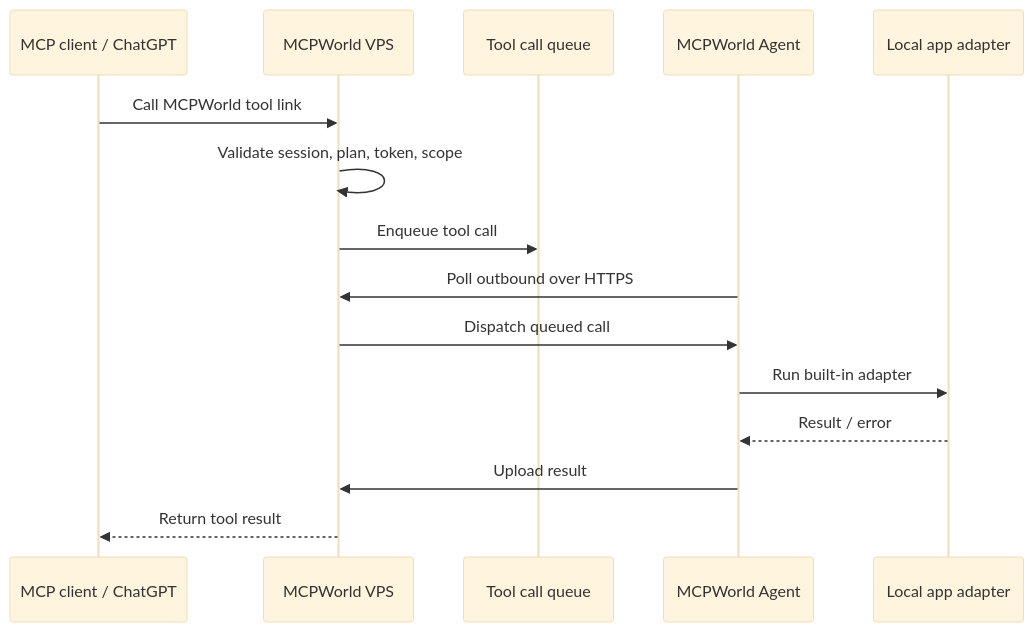
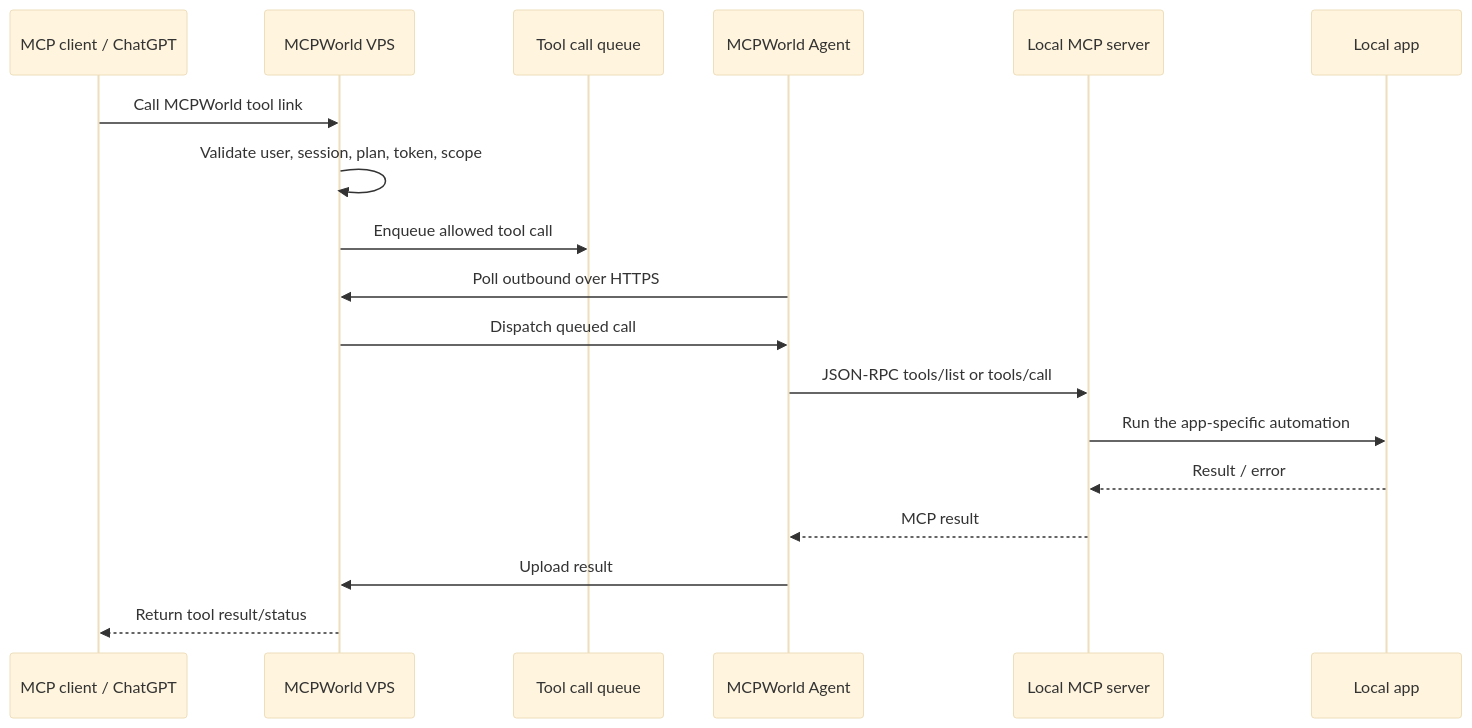
One commit to JS190-prog/mcpworld changed the diagram in docs/mcpworld-single-agent-relay-architecture.md. Above: the diagram before and after it, drawn with Mermaid (base theme). The commit also changed other lines of this file and 8 other files, not shown here.

Commit message:
Connect local MCP programs through agent

````diff
--- a/docs/mcpworld-single-agent-relay-architecture.md
+++ b/docs/mcpworld-single-agent-relay-architecture.md
@@ -11,18 +7,20 @@
 ```mermaid
 sequenceDiagram
     participant Client as MCP client / ChatGPT
     participant VPS as MCPWorld VPS
     participant Queue as Tool call queue
     participant Agent as MCPWorld Agent
-    participant App as Local app adapter
-
+    participant LocalMCP as Local MCP server
+    participant App as Local app
     Client->>VPS: Call MCPWorld tool link
-    VPS->>VPS: Validate session, plan, token, scope
-    VPS->>Queue: Enqueue tool call
+    VPS->>VPS: Validate user, session, plan, token, scope
+    VPS->>Queue: Enqueue allowed tool call
     Agent->>VPS: Poll outbound over HTTPS
     VPS->>Agent: Dispatch queued call
-    Agent->>App: Run built-in adapter
-    App-->>Agent: Result / error
+    Agent->>LocalMCP: JSON-RPC tools/list or tools/call
+    LocalMCP->>App: Run the app-specific automation
+    App-->>LocalMCP: Result / error
+    LocalMCP-->>Agent: MCP result
     Agent->>VPS: Upload result
-    VPS-->>Client: Return tool result
+    VPS-->>Client: Return tool result/status
 ```
````
